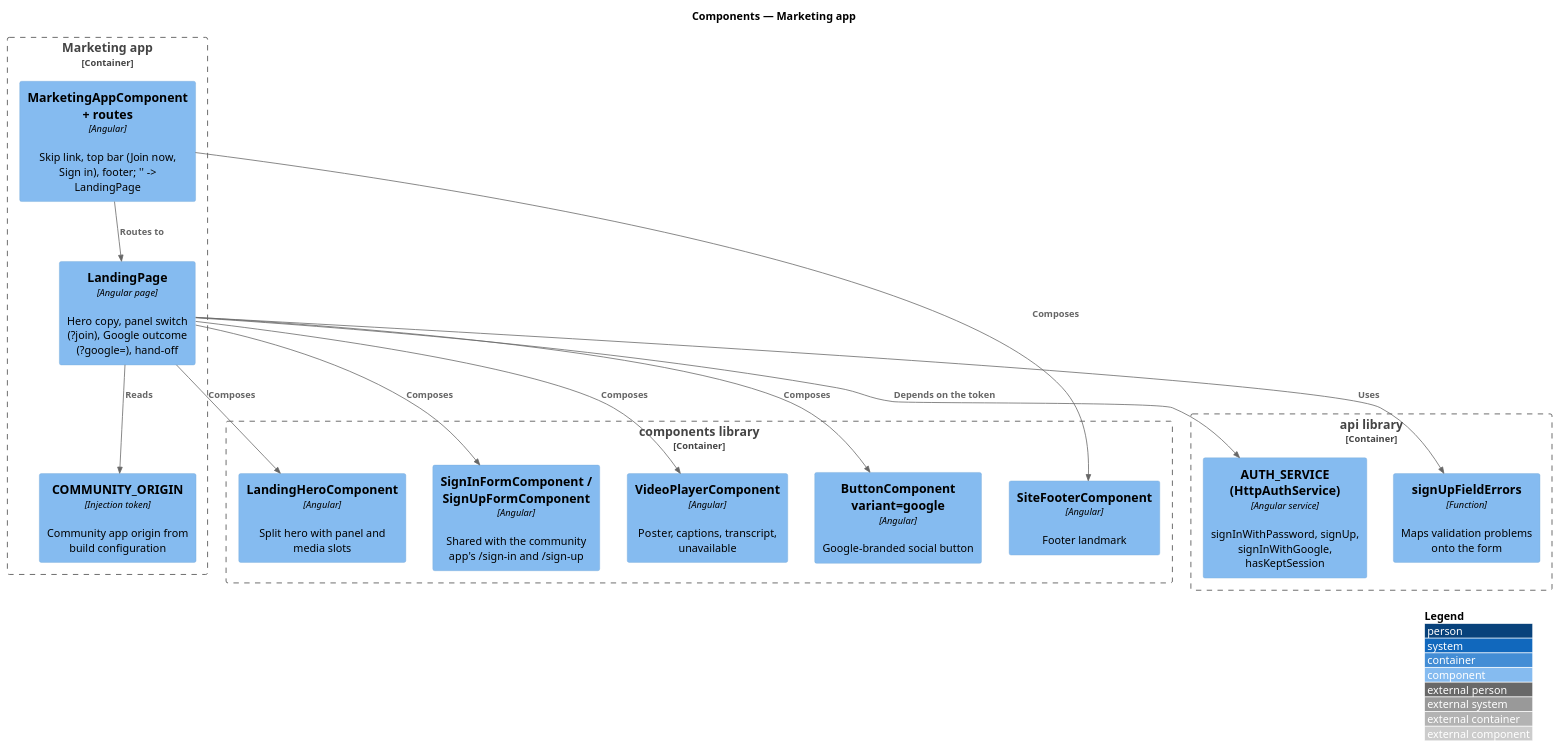
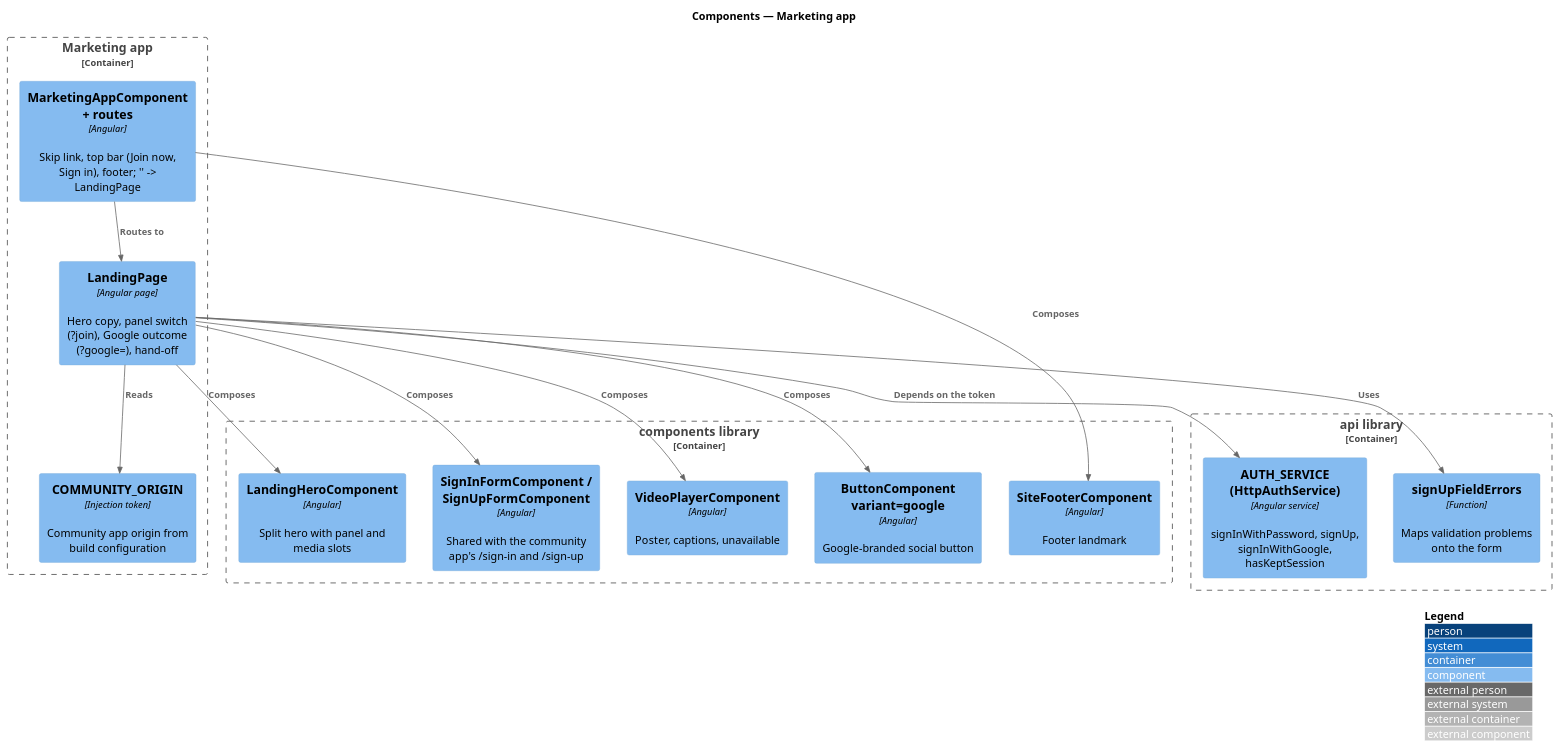
One commit to QuinntyneBrown/faithtech-community changed the diagram in docs/detailed-designs/marketing/landing-page/diagrams/c4-component.puml. Above: the diagram before and after it, drawn with PlantUML. The commit also changed 34 other files, not shown here.

First line of the commit message:
Remove the transcript from the brochure video

```diff
--- a/docs/detailed-designs/marketing/landing-page/diagrams/c4-component.puml
+++ b/docs/detailed-designs/marketing/landing-page/diagrams/c4-component.puml
@@ -1,31 +1,31 @@
 @startuml
 !include <C4/C4_Component>
 LAYOUT_WITH_LEGEND()
 title Components — Marketing app
 
 Container_Boundary(mkt, "Marketing app") {
   Component(shell, "MarketingAppComponent + routes", "Angular", "Skip link, top bar (Join now, Sign in), footer; '' -> LandingPage")
   Component(page, "LandingPage", "Angular page", "Hero copy, panel switch (?join), Google outcome (?google=), hand-off")
   Component(origin, "COMMUNITY_ORIGIN", "Injection token", "Community app origin from build configuration")
 }
 Container_Boundary(lib, "components library") {
   Component(hero, "LandingHeroComponent", "Angular", "Split hero with panel and media slots")
   Component(forms, "SignInFormComponent / SignUpFormComponent", "Angular", "Shared with the community app's /sign-in and /sign-up")
-  Component(video, "VideoPlayerComponent", "Angular", "Poster, captions, transcript, unavailable")
+  Component(video, "VideoPlayerComponent", "Angular", "Poster, captions, unavailable")
   Component(btn, "ButtonComponent variant=google", "Angular", "Google-branded social button")
   Component(footer, "SiteFooterComponent", "Angular", "Footer landmark")
 }
 Container_Boundary(apilib, "api library") {
   Component(auth, "AUTH_SERVICE (HttpAuthService)", "Angular service", "signInWithPassword, signUp, signInWithGoogle, hasKeptSession")
   Component(errors, "signUpFieldErrors", "Function", "Maps validation problems onto the form")
 }
 Rel(shell, page, "Routes to")
 Rel(page, hero, "Composes")
 Rel(page, forms, "Composes")
 Rel(page, video, "Composes")
 Rel(page, btn, "Composes")
 Rel(shell, footer, "Composes")
 Rel(page, auth, "Depends on the token")
 Rel(page, errors, "Uses")
 Rel(page, origin, "Reads")
 @enduml
```
